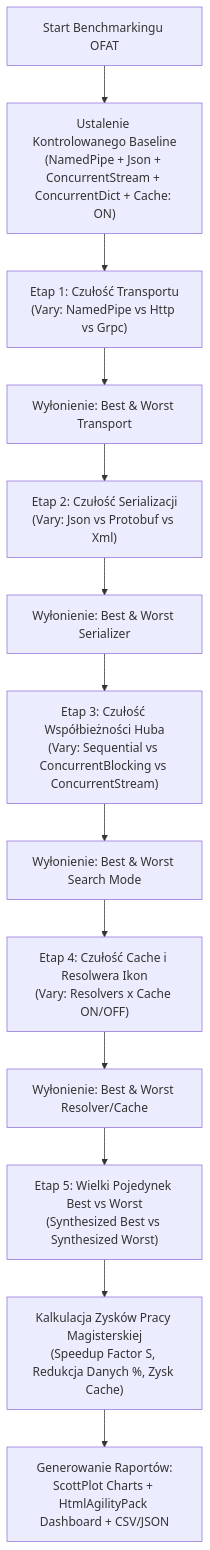
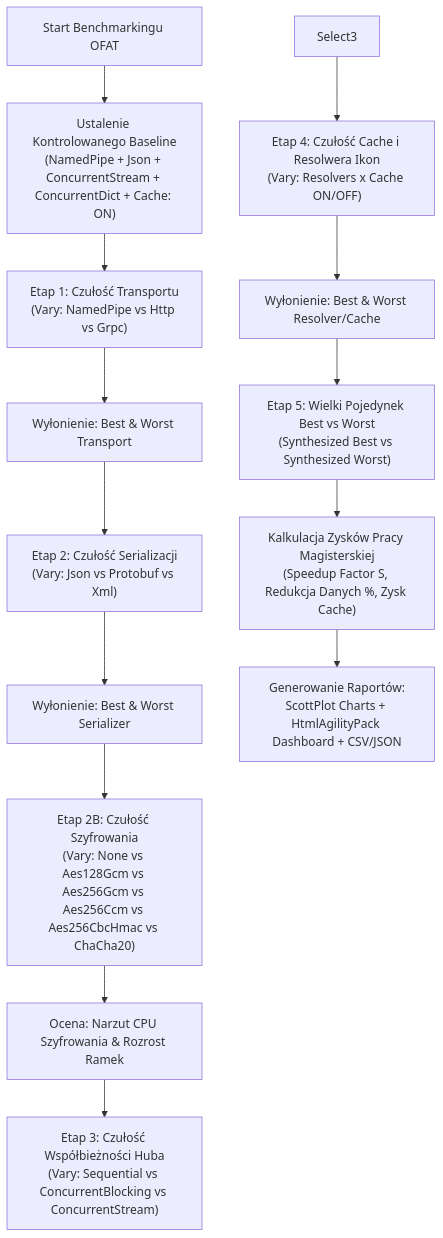
The diagram in .copilot/BENCHMARK_METHODOLOGY.md (pawko123/WindowsSearch), drawn with Mermaid before and after one commit. The commit also changed other lines of this file and 41 other files, not shown here.

````diff
--- a/.copilot/BENCHMARK_METHODOLOGY.md
+++ b/.copilot/BENCHMARK_METHODOLOGY.md
@@ -27,15 +27,16 @@
 ```mermaid
 flowchart TD
     Start["Start Benchmarkingu OFAT"] --> Baseline["Ustalenie Kontrolowanego Baseline<br/>(NamedPipe + Json + ConcurrentStream + ConcurrentDict + Cache: ON)"]
     Baseline --> Stage1["Etap 1: Czułość Transportu<br/>(Vary: NamedPipe vs Http vs Grpc)"]
     Stage1 --> Select1["Wyłonienie: Best & Worst Transport"]
     Select1 --> Stage2["Etap 2: Czułość Serializacji<br/>(Vary: Json vs Protobuf vs Xml)"]
     Stage2 --> Select2["Wyłonienie: Best & Worst Serializer"]
-    Select2 --> Stage3["Etap 3: Czułość Współbieżności Huba<br/>(Vary: Sequential vs ConcurrentBlocking vs ConcurrentStream)"]
-    Stage3 --> Select3["Wyłonienie: Best & Worst Search Mode"]
+    Select2 --> Stage2B["Etap 2B: Czułość Szyfrowania<br/>(Vary: None vs Aes128Gcm vs Aes256Gcm vs Aes256Ccm vs Aes256CbcHmac vs ChaCha20)"]
+    Stage2B --> Select2B["Ocena: Narzut CPU Szyfrowania & Rozrost Ramek"]
+    Select2B --> Stage3["Etap 3: Czułość Współbieżności Huba<br/>(Vary: Sequential vs ConcurrentBlocking vs ConcurrentStream)"]
     Select3 --> Stage4["Etap 4: Czułość Cache i Resolwera Ikon<br/>(Vary: Resolvers x Cache ON/OFF)"]
     Stage4 --> Select4["Wyłonienie: Best & Worst Resolver/Cache"]
     Select4 --> Stage5["Etap 5: Wielki Pojedynek Best vs Worst<br/>(Synthesized Best vs Synthesized Worst)"]
     Stage5 --> Metrics["Kalkulacja Zysków Pracy Magisterskiej<br/>(Speedup Factor S, Redukcja Danych %, Zysk Cache)"]
     Metrics --> Reports["Generowanie Raportów:<br/>ScottPlot Charts + HtmlAgilityPack Dashboard + CSV/JSON"]
 ```
````
